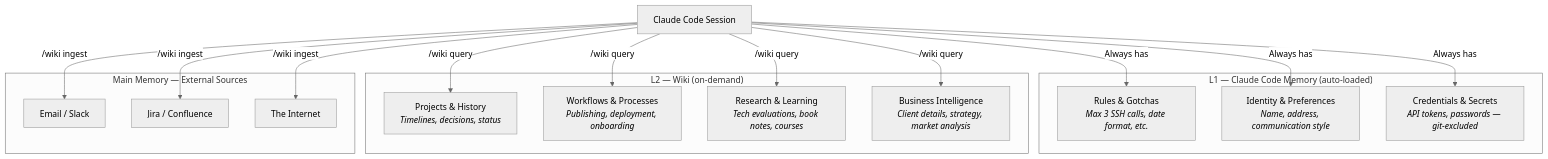
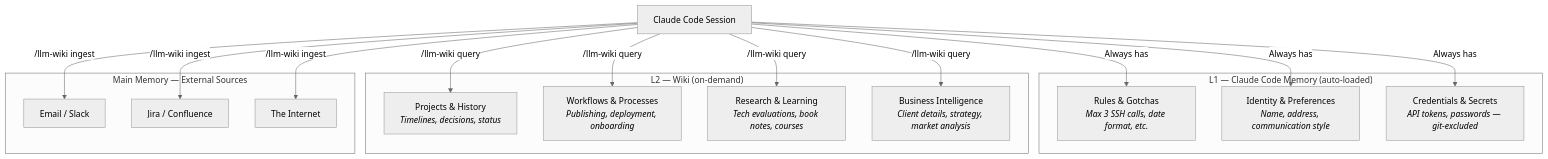
Before and after one commit to MehmetGoekce/llm-wiki: the diagram in docs/l1-l2-architecture.md, drawn with Mermaid (neutral theme). The commit also changed other lines of this file and 29 other files, not shown here.

First line of the commit message:
docs: write /llm-wiki <command> in README, docs, specs and templates; changelog for v1.7.0

````diff
--- a/docs/l1-l2-architecture.md
+++ b/docs/l1-l2-architecture.md
@@ -29,32 +29,32 @@
 ```mermaid
 graph TB
     subgraph "L1 — Claude Code Memory (auto-loaded)"
         L1R[Rules & Gotchas<br/><i>Max 3 SSH calls, date format, etc.</i>]
         L1I[Identity & Preferences<br/><i>Name, address, communication style</i>]
         L1C[Credentials & Secrets<br/><i>API tokens, passwords — git-excluded</i>]
     end
 
     subgraph "L2 — Wiki (on-demand)"
         L2P[Projects & History<br/><i>Timelines, decisions, status</i>]
         L2W[Workflows & Processes<br/><i>Publishing, deployment, onboarding</i>]
         L2K[Research & Learning<br/><i>Tech evaluations, book notes, courses</i>]
         L2B[Business Intelligence<br/><i>Client details, strategy, market analysis</i>]
     end
 
     subgraph "Main Memory — External Sources"
         EXT1[Email / Slack]
         EXT2[Jira / Confluence]
         EXT3[The Internet]
     end
 
     CLAUDE[Claude Code Session] -->|Always has| L1R
     CLAUDE -->|Always has| L1I
     CLAUDE -->|Always has| L1C
-    CLAUDE -->|/wiki query| L2P
-    CLAUDE -->|/wiki query| L2W
-    CLAUDE -->|/wiki query| L2K
-    CLAUDE -->|/wiki query| L2B
-    CLAUDE -->|/wiki ingest| EXT1
-    CLAUDE -->|/wiki ingest| EXT2
-    CLAUDE -->|/wiki ingest| EXT3
+    CLAUDE -->|/llm-wiki query| L2P
+    CLAUDE -->|/llm-wiki query| L2W
+    CLAUDE -->|/llm-wiki query| L2K
+    CLAUDE -->|/llm-wiki query| L2B
+    CLAUDE -->|/llm-wiki ingest| EXT1
+    CLAUDE -->|/llm-wiki ingest| EXT2
+    CLAUDE -->|/llm-wiki ingest| EXT3
 ```
````
